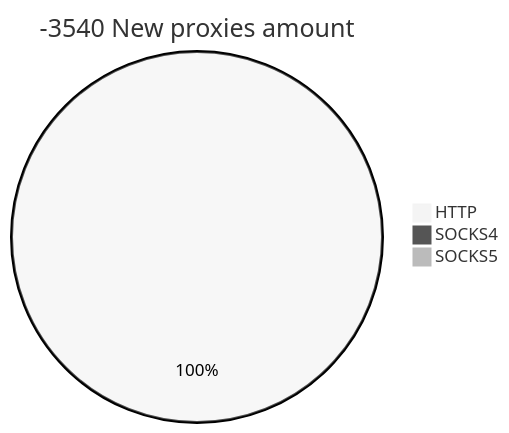
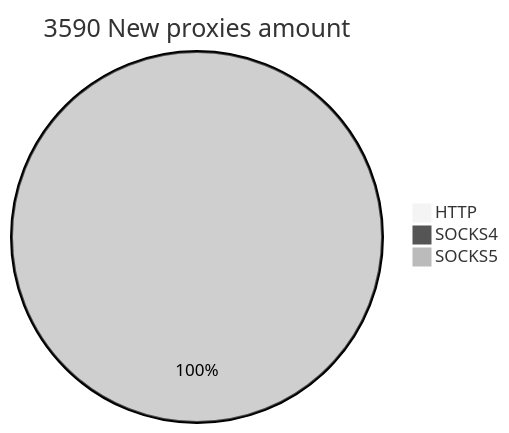
Before and after one commit to cutipu/proxylist: the second of 2 diagrams in README.md, drawn with Mermaid (neutral theme). The commit also changed other lines of this file, not shown here.

````diff
--- a/README.md
+++ b/README.md
@@ -10,6 +10,6 @@
 ```mermaid
-pie title -3540 New proxies amount
-    "HTTP" : 45
-    "SOCKS4" : 0
-    "SOCKS5" : 0
+pie title 3590 New proxies amount
+    "HTTP" : 0
+    "SOCKS4" : 1
+    "SOCKS5" : 3589
 ```
````
